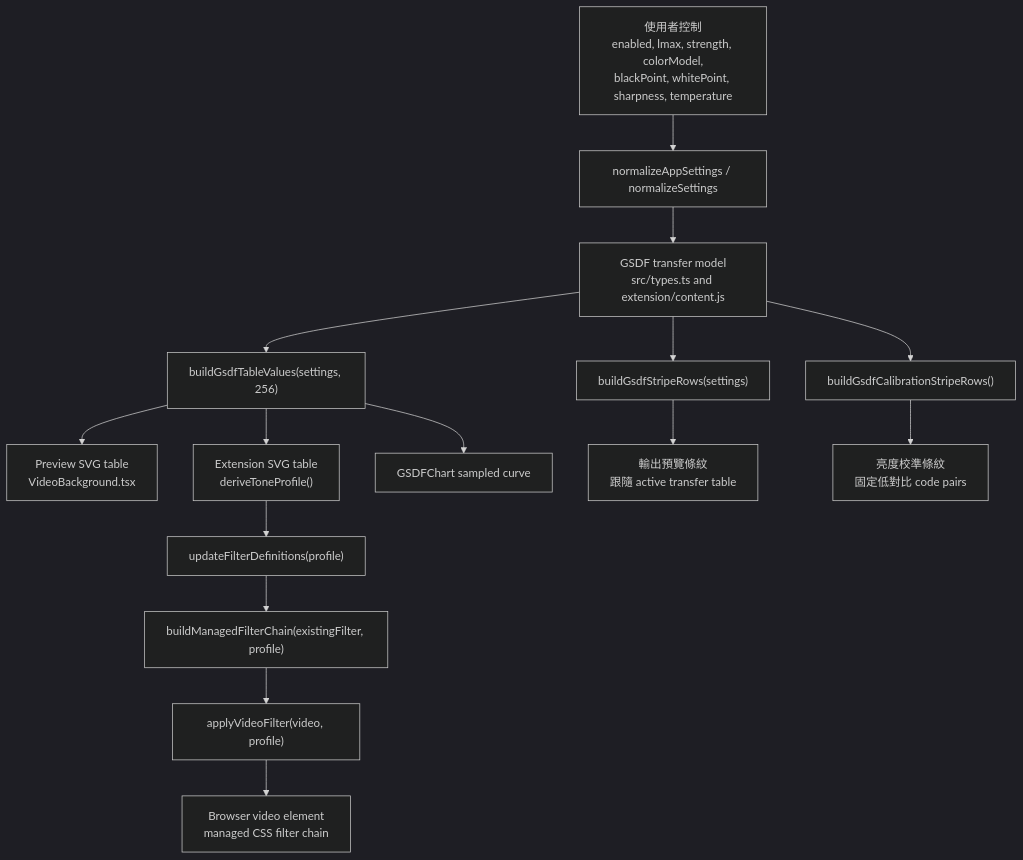
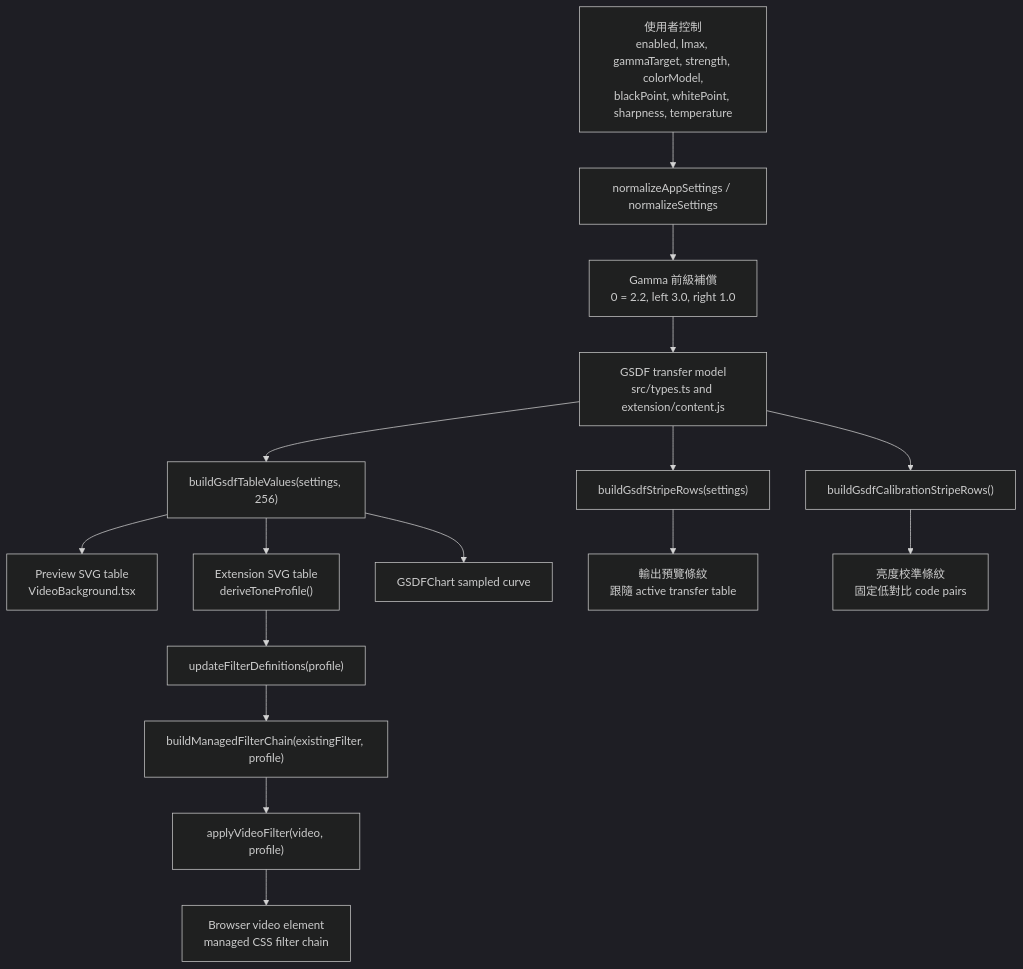
The first of 3 diagrams in docs/gsdf-model.ZHTW.md (pingqLIN/gsdf-eotf-video-adjuster), drawn with Mermaid (dark theme) before and after one commit. The commit also changed other lines of this file and 14 other files, not shown here.

Commit message:
feat: add pre-GSDF gamma compensation

````diff
--- a/docs/gsdf-model.ZHTW.md
+++ b/docs/gsdf-model.ZHTW.md
@@ -75,17 +80,18 @@
 ```mermaid
 flowchart TD
-  A["使用者控制<br/>enabled, lmax, strength, colorModel,<br/>blackPoint, whitePoint, sharpness, temperature"] --> B["normalizeAppSettings / normalizeSettings"]
-  B --> C["GSDF transfer model<br/>src/types.ts and extension/content.js"]
-  C --> D["buildGsdfTableValues(settings, 256)"]
-  C --> E["buildGsdfStripeRows(settings)"]
-  C --> F["buildGsdfCalibrationStripeRows()"]
-  D --> G["Preview SVG table<br/>VideoBackground.tsx"]
-  D --> H["Extension SVG table<br/>deriveToneProfile()"]
-  D --> I["GSDFChart sampled curve"]
-  E --> J["輸出預覽條紋<br/>跟隨 active transfer table"]
-  F --> K["亮度校準條紋<br/>固定低對比 code pairs"]
-  H --> L["updateFilterDefinitions(profile)"]
-  L --> M["buildManagedFilterChain(existingFilter, profile)"]
-  M --> N["applyVideoFilter(video, profile)"]
-  N --> O["Browser video element<br/>managed CSS filter chain"]
+  A["使用者控制<br/>enabled, lmax, gammaTarget, strength, colorModel,<br/>blackPoint, whitePoint, sharpness, temperature"] --> B["normalizeAppSettings / normalizeSettings"]
+  B --> C["Gamma 前級補償<br/>0 = 2.2, left 3.0, right 1.0"]
+  C --> D["GSDF transfer model<br/>src/types.ts and extension/content.js"]
+  D --> E["buildGsdfTableValues(settings, 256)"]
+  D --> F["buildGsdfStripeRows(settings)"]
+  D --> G["buildGsdfCalibrationStripeRows()"]
+  E --> H["Preview SVG table<br/>VideoBackground.tsx"]
+  E --> I["Extension SVG table<br/>deriveToneProfile()"]
+  E --> J["GSDFChart sampled curve"]
+  F --> K["輸出預覽條紋<br/>跟隨 active transfer table"]
+  G --> L["亮度校準條紋<br/>固定低對比 code pairs"]
+  I --> M["updateFilterDefinitions(profile)"]
+  M --> N["buildManagedFilterChain(existingFilter, profile)"]
+  N --> O["applyVideoFilter(video, profile)"]
+  O --> P["Browser video element<br/>managed CSS filter chain"]
 ```
````
